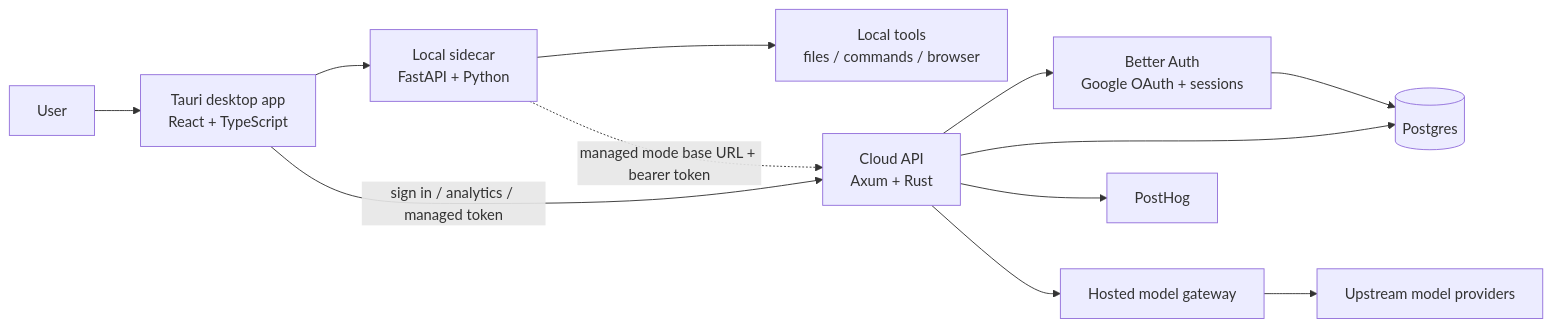
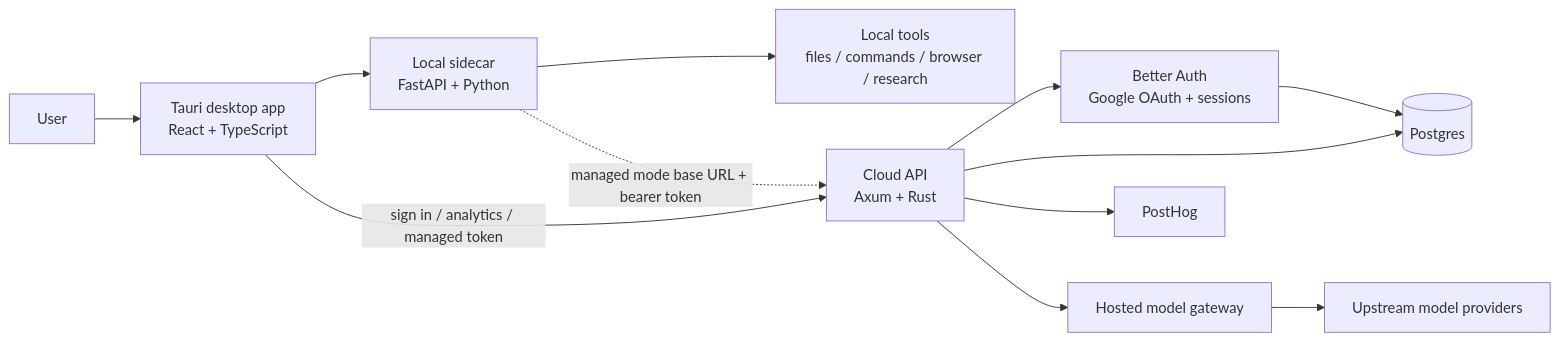
The diagram in docs/ARCHITECTURE.md (Ryz3nPlayZ/zWork), drawn with Mermaid before and after one commit. The commit also changed other lines of this file, not shown here.

First line of the commit message:
docs: document academic research pipeline in ARCHITECTURE.md

````diff
--- a/docs/ARCHITECTURE.md
+++ b/docs/ARCHITECTURE.md
@@ -10,27 +10,27 @@
 ```mermaid
 flowchart LR
     User[User]
     App[Tauri desktop app<br/>React + TypeScript]
     Sidecar[Local sidecar<br/>FastAPI + Python]
-    LocalTools[Local tools<br/>files / commands / browser]
+    LocalTools[Local tools<br/>files / commands / browser / research]
     CloudAPI[Cloud API<br/>Axum + Rust]
     BetterAuth[Better Auth<br/>Google OAuth + sessions]
     Postgres[(Postgres)]
     PostHog[PostHog]
     ModelGateway[Hosted model gateway]
     Providers[Upstream model providers]
 
     User --> App
     App --> Sidecar
     Sidecar --> LocalTools
 
     App -->|sign in / analytics / managed token| CloudAPI
     CloudAPI --> BetterAuth
     BetterAuth --> Postgres
     CloudAPI --> Postgres
     CloudAPI --> PostHog
     CloudAPI --> ModelGateway
     ModelGateway --> Providers
 
     Sidecar -. managed mode base URL + bearer token .-> CloudAPI
 ```
````
